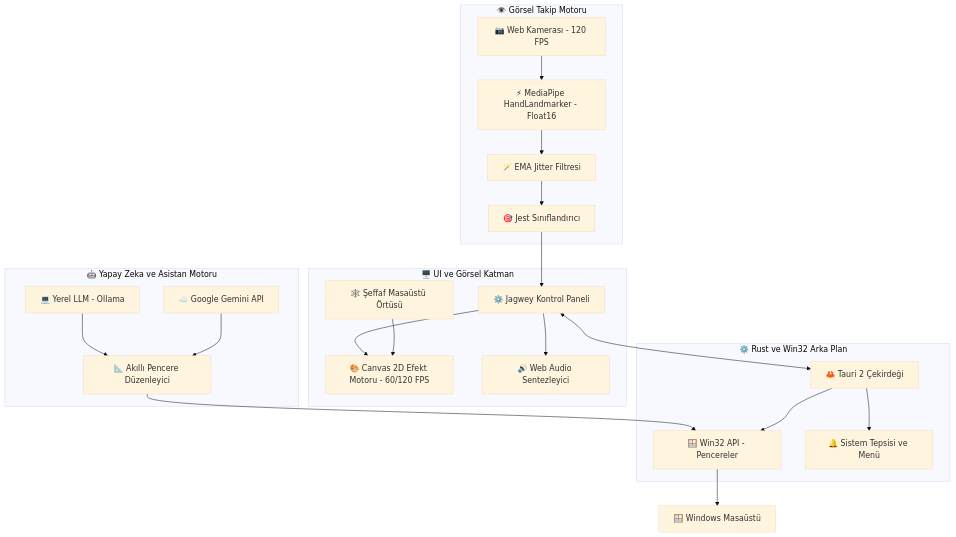
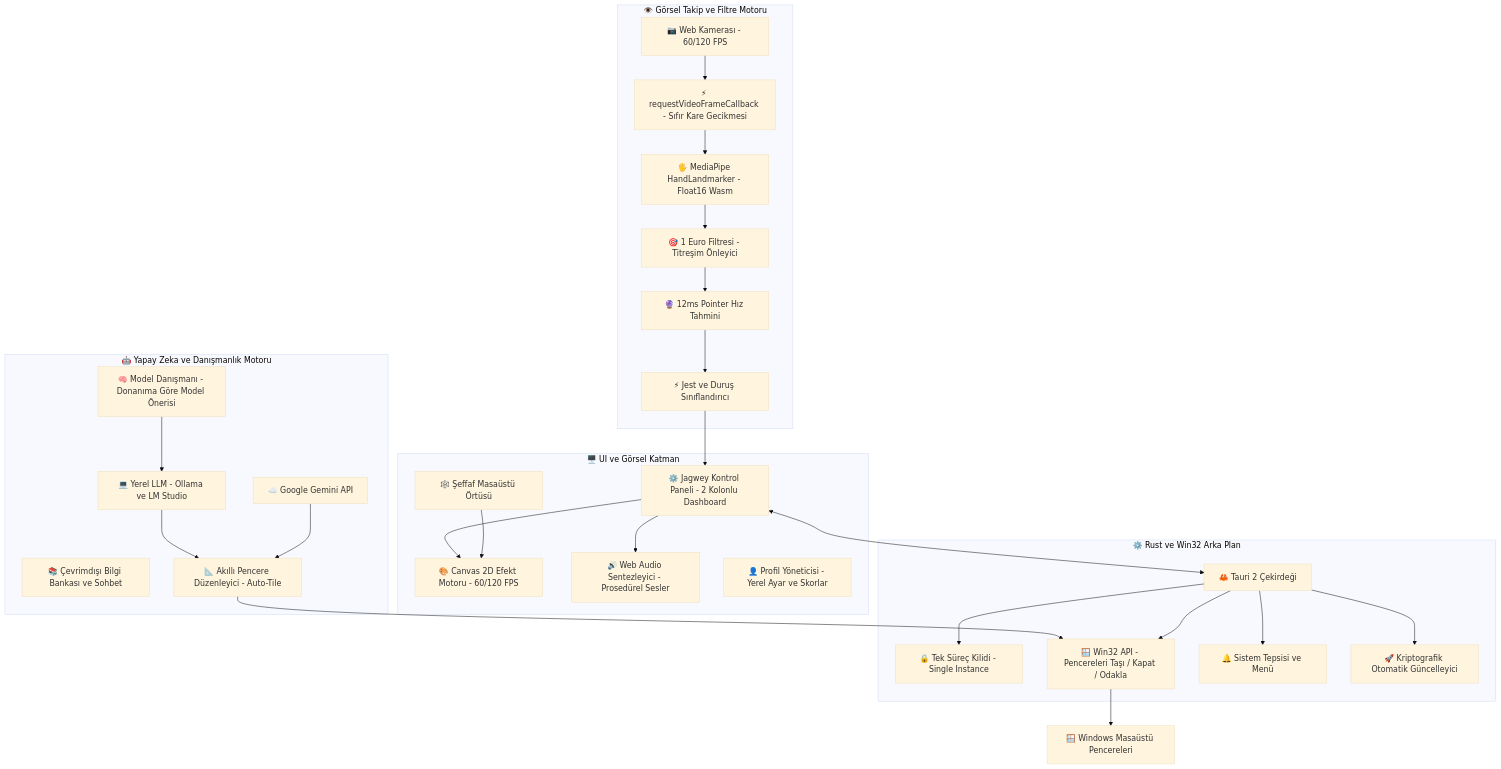
One commit to jagwey/web-shooter changed the first of 3 diagrams in README.md. Above: the diagram before and after it, drawn with Mermaid (base theme). The commit also changed other lines of this file and 32 other files, not shown here.

Commit message:
docs: comprehensive visual README with chronological evolution (v0.1.0 to v0.1.5) and architecture flowcharts

````diff
--- a/README.md
+++ b/README.md
@@ -26,41 +28,51 @@
 ```mermaid
 flowchart TD
     subgraph UI["🖥️ UI ve Görsel Katman"]
         Overlay["🕸️ Şeffaf Masaüstü Örtüsü"]
         Canvas["🎨 Canvas 2D Efekt Motoru - 60/120 FPS"]
-        Control["⚙️ Jagwey Kontrol Paneli"]
-        Audio["🔊 Web Audio Sentezleyici"]
+        Control["⚙️ Jagwey Kontrol Paneli - 2 Kolonlu Dashboard"]
+        Audio["🔊 Web Audio Sentezleyici - Prosedürel Sesler"]
+        Profiles["👤 Profil Yöneticisi - Yerel Ayar ve Skorlar"]
         Overlay --> Canvas
     end
 
-    subgraph AI["🤖 Yapay Zeka ve Asistan Motoru"]
+    subgraph AI["🤖 Yapay Zeka ve Danışmanlık Motoru"]
+        Advisor["🧠 Model Danışmanı - Donanıma Göre Model Önerisi"]
+        Guide["📚 Çevrimdışı Bilgi Bankası ve Sohbet"]
         Gemini["☁️ Google Gemini API"]
-        Ollama["💻 Yerel LLM - Ollama"]
-        Tiler["📐 Akıllı Pencere Düzenleyici"]
+        Ollama["💻 Yerel LLM - Ollama ve LM Studio"]
+        Tiler["📐 Akıllı Pencere Düzenleyici - Auto-Tile"]
+        Advisor --> Ollama
         Gemini --> Tiler
         Ollama --> Tiler
     end
 
-    subgraph Vision["👁️ Görsel Takip Motoru"]
-        Webcam["📷 Web Kamerası - 120 FPS"]
-        Landmarker["⚡ MediaPipe HandLandmarker - Float16"]
-        Filter["🪄 EMA Jitter Filtresi"]
-        Classifier["🎯 Jest Sınıflandırıcı"]
-        Webcam --> Landmarker --> Filter --> Classifier
+    subgraph Vision["👁️ Görsel Takip ve Filtre Motoru"]
+        Webcam["📷 Web Kamerası - 60/120 FPS"]
+        RVFC["⚡ requestVideoFrameCallback - Sıfır Kare Gecikmesi"]
+        Landmarker["🖐️ MediaPipe HandLandmarker - Float16 Wasm"]
+        EuroFilter["🎯 1 Euro Filtresi - Titreşim Önleyici"]
+        Predictor["🔮 12ms Pointer Hız Tahmini"]
+        Classifier["⚡ Jest ve Duruş Sınıflandırıcı"]
+        Webcam --> RVFC --> Landmarker --> EuroFilter --> Predictor --> Classifier
     end
 
     subgraph Native["⚙️ Rust ve Win32 Arka Plan"]
         Core["🦀 Tauri 2 Çekirdeği"]
-        Win32["🪟 Win32 API - Pencereler"]
+        SingleInstance["🔒 Tek Süreç Kilidi - Single Instance"]
+        Win32["🪟 Win32 API - Pencereleri Taşı / Kapat / Odakla"]
         Tray["🔔 Sistem Tepsisi ve Menü"]
+        Updater["🚀 Kriptografik Otomatik Güncelleyici"]
+        Core --> SingleInstance
         Core --> Win32
         Core --> Tray
+        Core --> Updater
     end
 
     Classifier --> Control
     Control --> Canvas
     Control --> Audio
     Control <--> Core
     Tiler --> Win32
-    Win32 --> OS["🪟 Windows Masaüstü"]
+    Win32 --> OS["🪟 Windows Masaüstü Pencereleri"]
 ```
````
